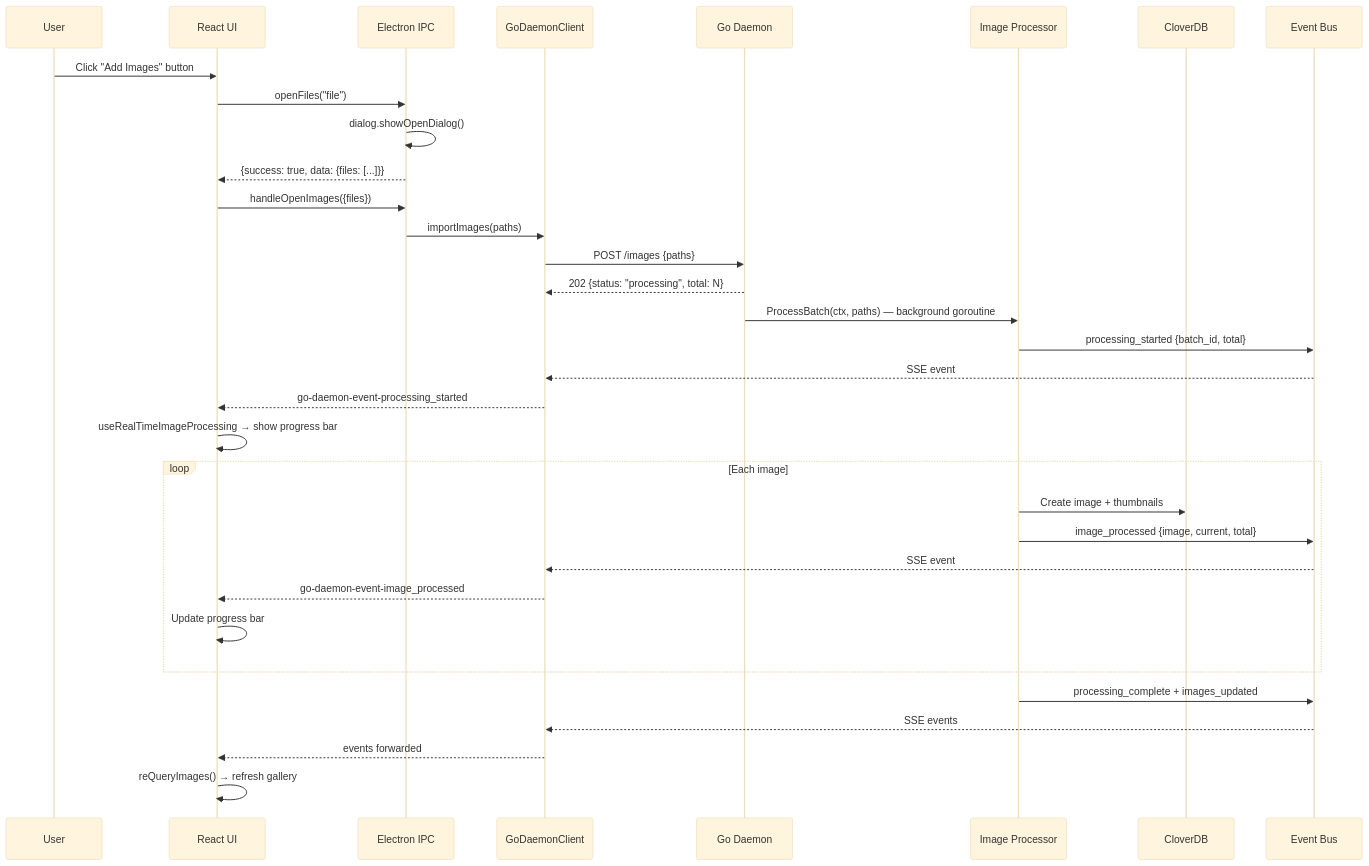
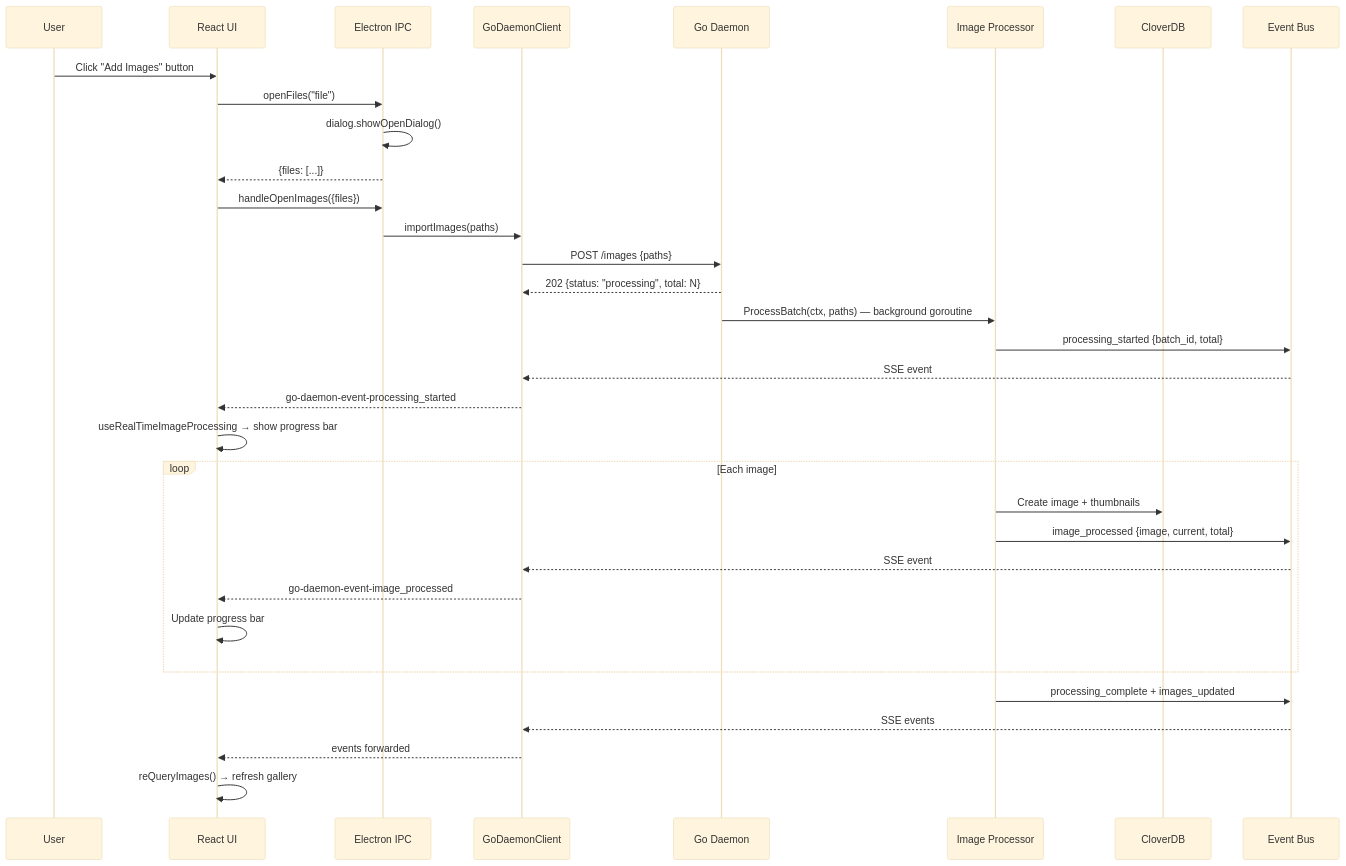
One commit to 0bCdian/Waypaper-Engine changed the fifth of 9 diagrams in docs/ARCHITECTURE.md. Above: the diagram before and after it, drawn with Mermaid (base theme). The commit also changed other lines of this file and 3 other files, not shown here.

````diff
--- a/docs/ARCHITECTURE.md
+++ b/docs/ARCHITECTURE.md
@@ -694,36 +694,36 @@
 ```mermaid
 sequenceDiagram
   participant User
   participant UI as React UI
   participant IPC as Electron IPC
   participant Client as GoDaemonClient
   participant Daemon as Go Daemon
   participant Proc as Image Processor
   participant DB as CloverDB
   participant Bus as Event Bus
 
   User->>UI: Click "Add Images" button
   UI->>IPC: openFiles("file")
   IPC->>IPC: dialog.showOpenDialog()
-  IPC-->>UI: {success: true, data: {files: [...]}}
+  IPC-->>UI: {files: [...]}
   UI->>IPC: handleOpenImages({files})
   IPC->>Client: importImages(paths)
   Client->>Daemon: POST /images {paths}
   Daemon-->>Client: 202 {status: "processing", total: N}
   Daemon->>Proc: ProcessBatch(ctx, paths) — background goroutine
   Proc->>Bus: processing_started {batch_id, total}
   Bus-->>Client: SSE event
   Client-->>UI: go-daemon-event-processing_started
   UI->>UI: useRealTimeImageProcessing → show progress bar
   loop Each image
     Proc->>DB: Create image + thumbnails
     Proc->>Bus: image_processed {image, current, total}
     Bus-->>Client: SSE event
     Client-->>UI: go-daemon-event-image_processed
     UI->>UI: Update progress bar
   end
   Proc->>Bus: processing_complete + images_updated
   Bus-->>Client: SSE events
   Client-->>UI: events forwarded
   UI->>UI: reQueryImages() → refresh gallery
 ```
````
